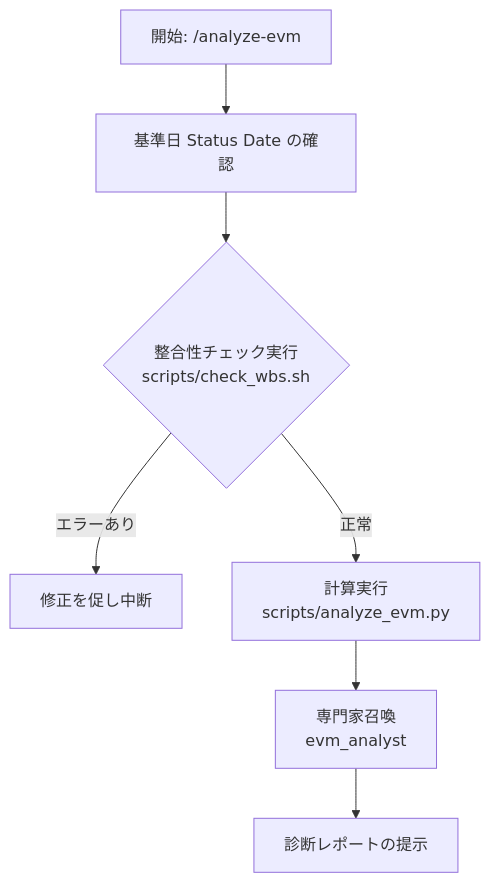
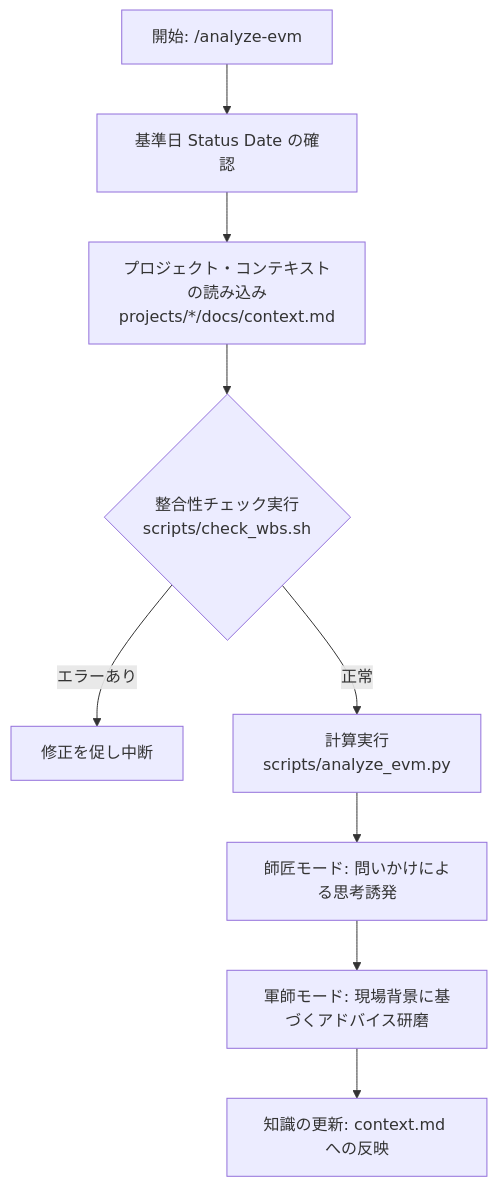
The diagram in .gemini/skills/analyze-evm/SKILL.md (oki2a24/evmm), drawn with Mermaid before and after one commit. The commit also changed other lines of this file and 3 other files, not shown here.

Commit message:
feat: メンタリング規律を analyze-evm スキル本体に統合し、Observations を整理

````diff
--- a/.gemini/skills/analyze-evm/SKILL.md
+++ b/.gemini/skills/analyze-evm/SKILL.md
@@ -13,9 +14,11 @@
 ```mermaid
 graph TD
     A[開始: /analyze-evm] --> B[基準日 Status Date の確認]
-    B --> C{整合性チェック実行\nscripts/check_wbs.sh}
-    C -->|エラーあり| D[修正を促し中断]
-    C -->|正常| E[計算実行\nscripts/analyze_evm.py]
-    E --> F[専門家召喚\nevm_analyst]
-    F --> G[診断レポートの提示]
+    B --> C[プロジェクト・コンテキストの読み込み\nprojects/*/docs/context.md]
+    C --> D{整合性チェック実行\nscripts/check_wbs.sh}
+    D -->|エラーあり| E[修正を促し中断]
+    D -->|正常| F[計算実行\nscripts/analyze_evm.py]
+    F --> G[師匠モード: 問いかけによる思考誘発]
+    G --> H[軍師モード: 現場背景に基づくアドバイス研磨]
+    H --> I[知識の更新: context.md への反映]
 ```
````
